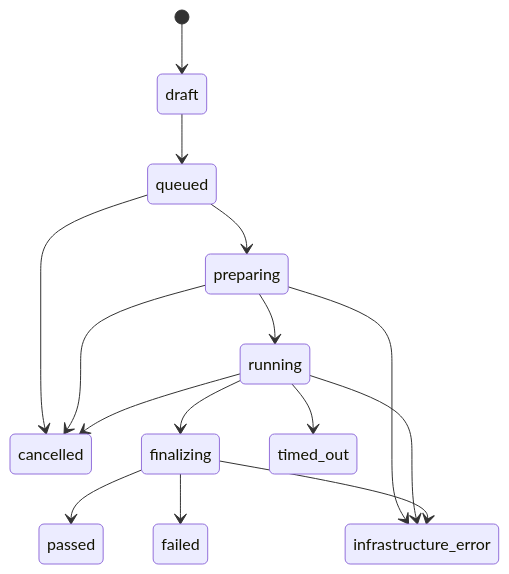
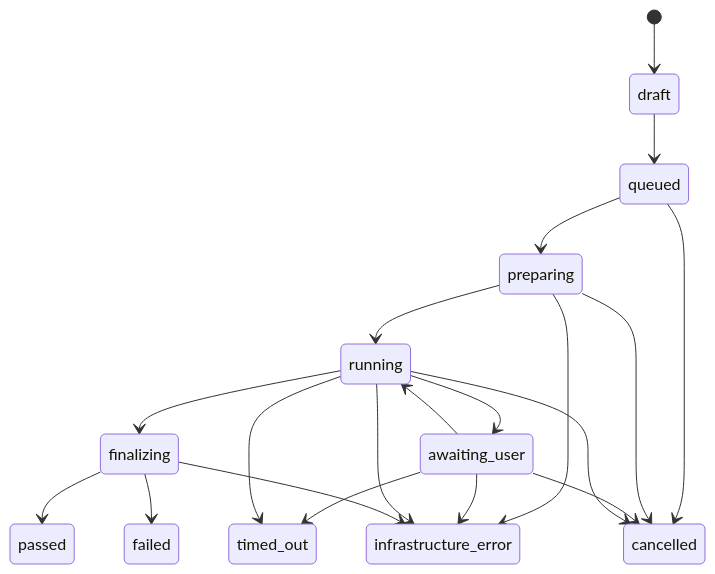
The diagram in docs/architecture/run-lifecycle.md (Kahmyl/scry), drawn with Mermaid before and after one commit. The commit also changed 8 other files, not shown here.

````diff
--- a/docs/architecture/run-lifecycle.md
+++ b/docs/architecture/run-lifecycle.md
@@ -5,17 +5,22 @@
 ```mermaid
 stateDiagram-v2
     [*] --> draft
     draft --> queued
     queued --> preparing
     queued --> cancelled
     preparing --> running
     preparing --> cancelled
     preparing --> infrastructure_error
     running --> finalizing
+    running --> awaiting_user
+    awaiting_user --> running
+    awaiting_user --> cancelled
+    awaiting_user --> timed_out
+    awaiting_user --> infrastructure_error
     running --> cancelled
     running --> timed_out
     running --> infrastructure_error
     finalizing --> passed
     finalizing --> failed
     finalizing --> infrastructure_error
 ```
````
